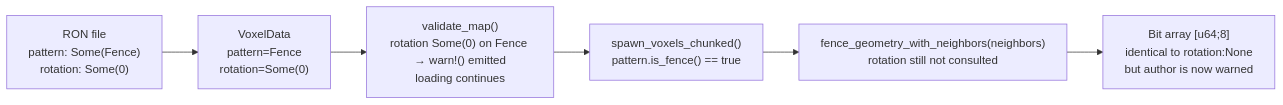
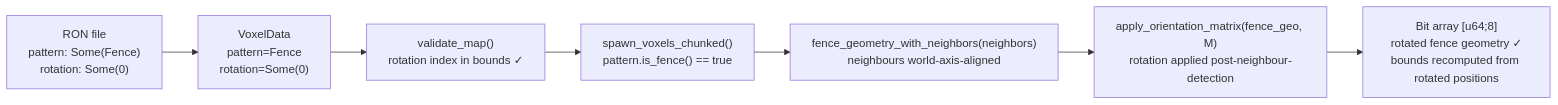
The fourth of 7 diagrams in docs/bugs/fence-rotation-ignored/references/architecture.md (ctejada85/adrakestory), drawn with Mermaid before and after one commit. The commit also changed other lines of this file and 3 other files, not shown here.

First line of the commit message:
docs: simplify fence-rotation-ignored plan to full fix only

````diff
--- a/docs/bugs/fence-rotation-ignored/references/architecture.md
+++ b/docs/bugs/fence-rotation-ignored/references/architecture.md
@@ -230,11 +217,12 @@
 ```mermaid
 flowchart LR
     A["RON file\npattern: Some(Fence)\nrotation: Some(0)"]
     B["VoxelData\npattern=Fence\nrotation=Some(0)"]
-    C["validate_map()\nrotation Some(0) on Fence → warn!() emitted\nloading continues"]
+    C["validate_map()\nrotation index in bounds ✓"]
     D["spawn_voxels_chunked()\npattern.is_fence() == true"]
-    E["fence_geometry_with_neighbors(neighbors)\nrotation still not consulted"]
-    F["Bit array [u64;8]\nidentical to rotation:None\nbut author is now warned"]
+    E["fence_geometry_with_neighbors(neighbors)\nneighbours world-axis-aligned"]
+    F["apply_orientation_matrix(fence_geo, M)\nrotation applied post-neighbour-detection"]
+    G["Bit array [u64;8]\nrotated fence geometry ✓\nbounds recomputed from rotated positions"]
 
-    A --> B --> C --> D --> E --> F
+    A --> B --> C --> D --> E --> F --> G
 ```
````
